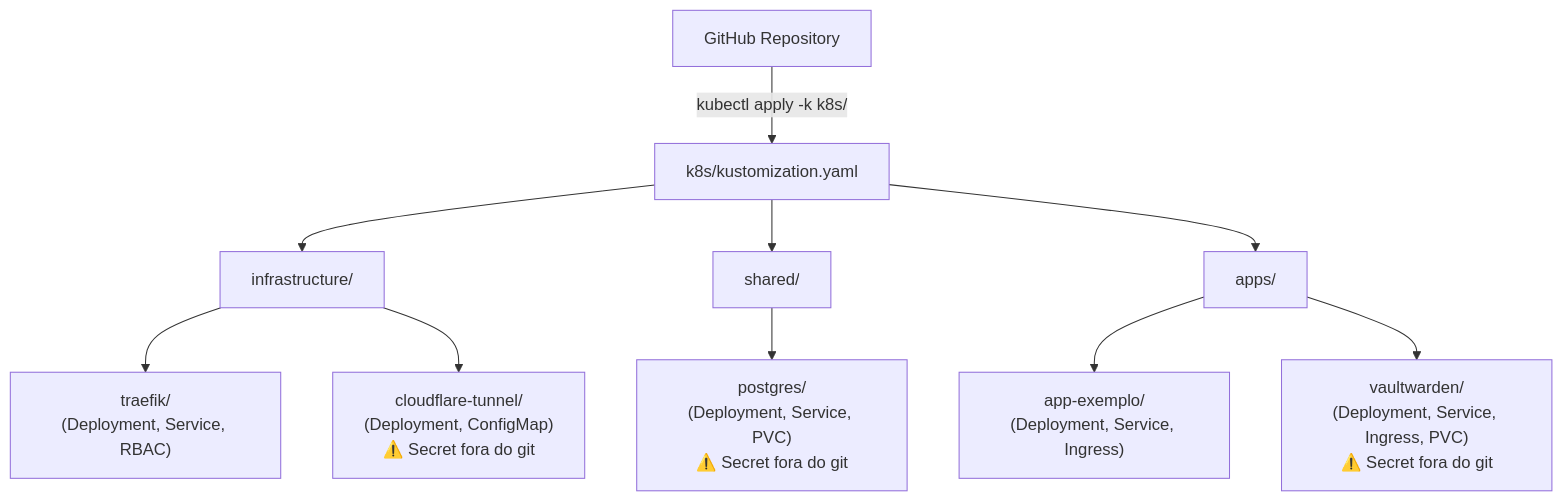
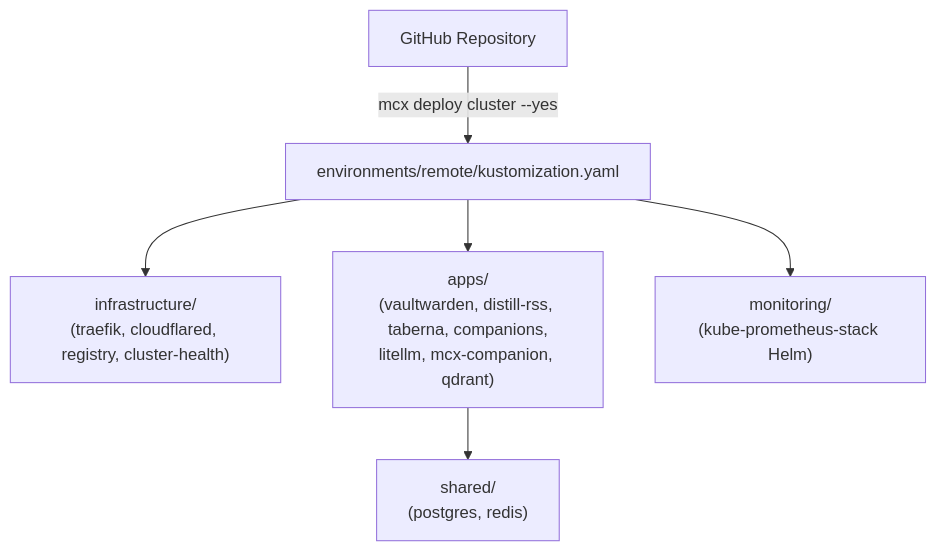
One commit to goriok/oficina changed the sixth of 7 diagrams in docs/architecture.md. Above: the diagram before and after it, drawn with Mermaid. The commit also changed other lines of this file and 1 other file, not shown here.

First line of the commit message:
docs: update architecture and add agents documentation

````diff
--- a/docs/architecture.md
+++ b/docs/architecture.md
@@ -174,17 +207,11 @@
 ```mermaid
 flowchart TD
-    GH[GitHub Repository] -->|kubectl apply -k k8s/| Root
+    GH[GitHub Repository] -->|mcx deploy cluster --yes| Root
 
-    Root["k8s/kustomization.yaml"]
-    Root --> Infra["infrastructure/"]
-    Root --> Shared["shared/"]
-    Root --> Apps["apps/"]
+    Root["environments/remote/kustomization.yaml"]
+    Root --> Infra["infrastructure/\n(traefik, cloudflared, registry, cluster-health)"]
+    Root --> Apps["apps/\n(vaultwarden, distill-rss, taberna, companions,\nlitellm, mcx-companion, qdrant)"]
+    Root --> Mon["monitoring/\n(kube-prometheus-stack Helm)"]
 
-    Infra --> Traefik["traefik/\n(Deployment, Service, RBAC)"]
-    Infra --> CFT["cloudflare-tunnel/\n(Deployment, ConfigMap)\n⚠️ Secret fora do git"]
-
-    Shared --> PG["postgres/\n(Deployment, Service, PVC)\n⚠️ Secret fora do git"]
-
-    Apps --> AE["app-exemplo/\n(Deployment, Service, Ingress)"]
-    Apps --> VW["vaultwarden/\n(Deployment, Service, Ingress, PVC)\n⚠️ Secret fora do git"]
+    Apps --> Shared["shared/\n(postgres, redis)"]
 ```
````
